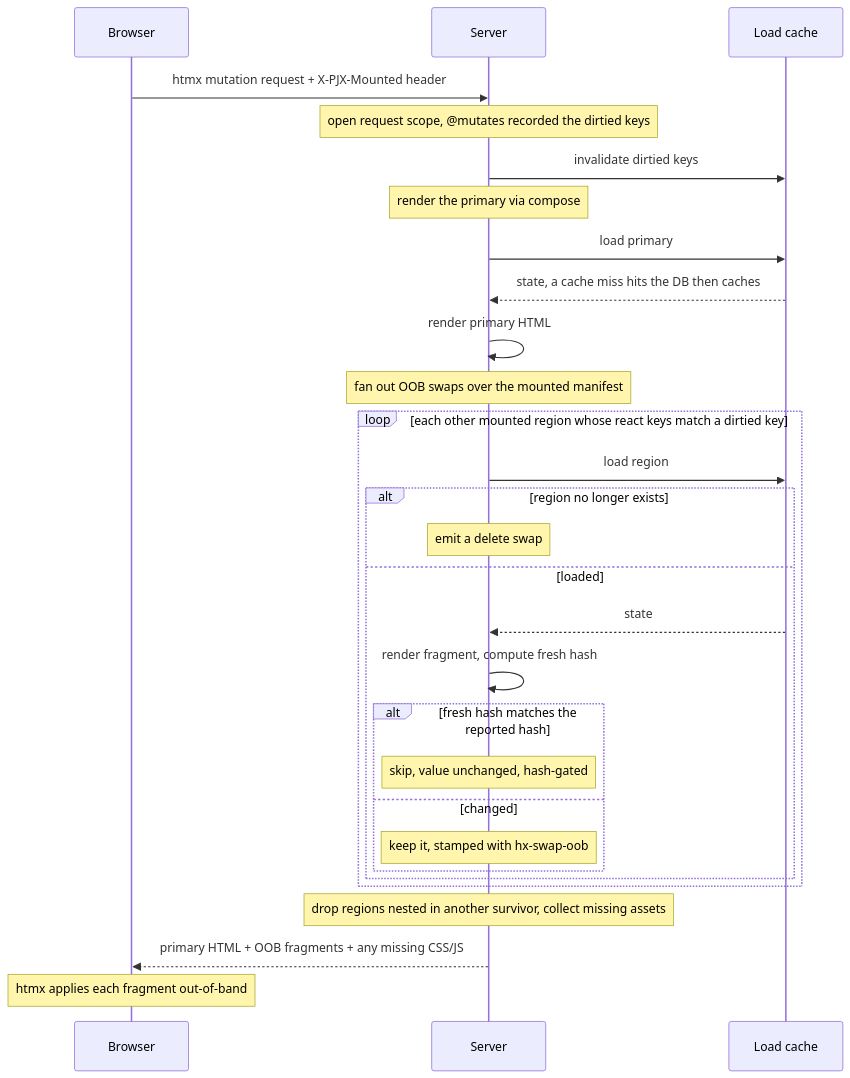
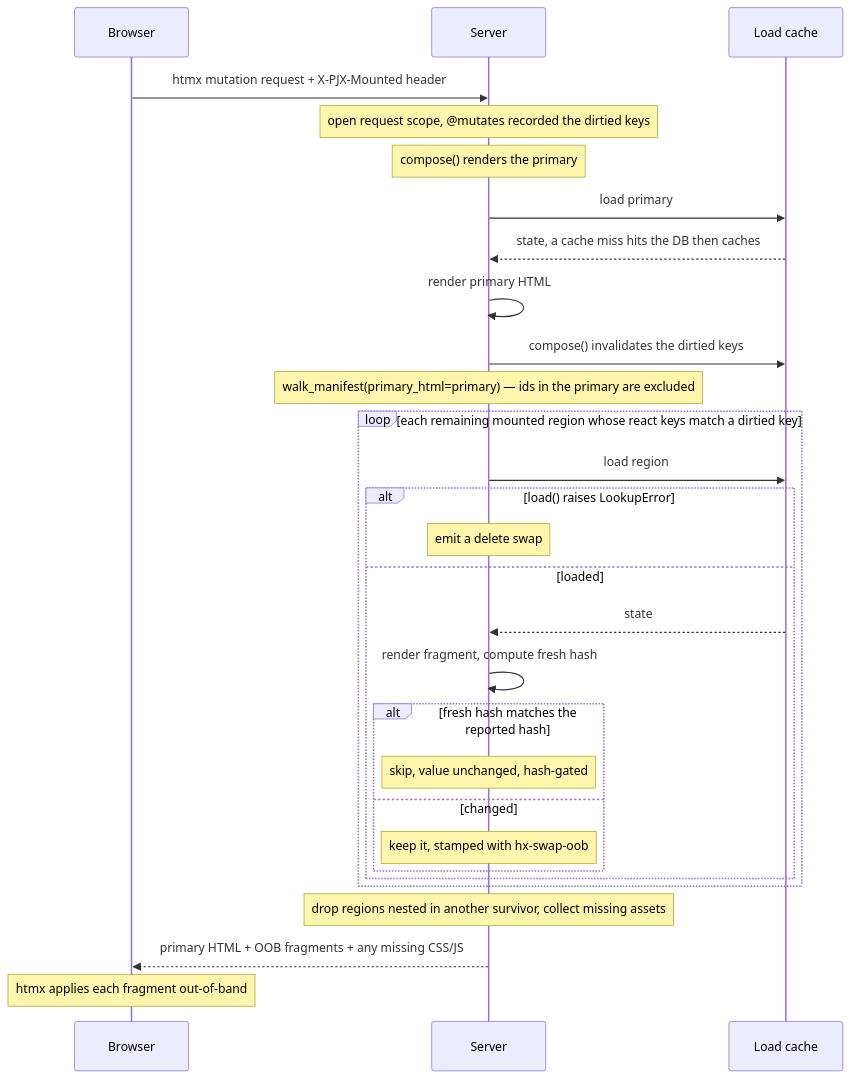
The first of 2 diagrams in docs/reactivity.md (paulomtts/pyjinhx), drawn with Mermaid before and after one commit. The commit also changed other lines of this file and 27 other files, not shown here.

````diff
--- a/docs/reactivity.md
+++ b/docs/reactivity.md
@@ -619,35 +739,35 @@
 ```mermaid
 sequenceDiagram
     participant B as Browser
     participant S as Server
     participant C as Load cache
 
     B->>S: htmx mutation request + X-PJX-Mounted header
     Note over S: open request scope, @mutates recorded the dirtied keys
-    S->>C: invalidate dirtied keys
 
-    Note over S: render the primary via compose
+    Note over S: compose() renders the primary
     S->>C: load primary
     C-->>S: state, a cache miss hits the DB then caches
     S->>S: render primary HTML
 
-    Note over S: fan out OOB swaps over the mounted manifest
-    loop each other mounted region whose react keys match a dirtied key
+    S->>C: compose() invalidates the dirtied keys
+    Note over S: walk_manifest(primary_html=primary) — ids in the primary are excluded
+    loop each remaining mounted region whose react keys match a dirtied key
         S->>C: load region
-        alt region no longer exists
+        alt load() raises LookupError
             Note over S: emit a delete swap
         else loaded
             C-->>S: state
             S->>S: render fragment, compute fresh hash
             alt fresh hash matches the reported hash
                 Note over S: skip, value unchanged, hash-gated
             else changed
                 Note over S: keep it, stamped with hx-swap-oob
             end
         end
     end
     Note over S: drop regions nested in another survivor, collect missing assets
 
     S-->>B: primary HTML + OOB fragments + any missing CSS/JS
     Note over B: htmx applies each fragment out-of-band
 ```
````
